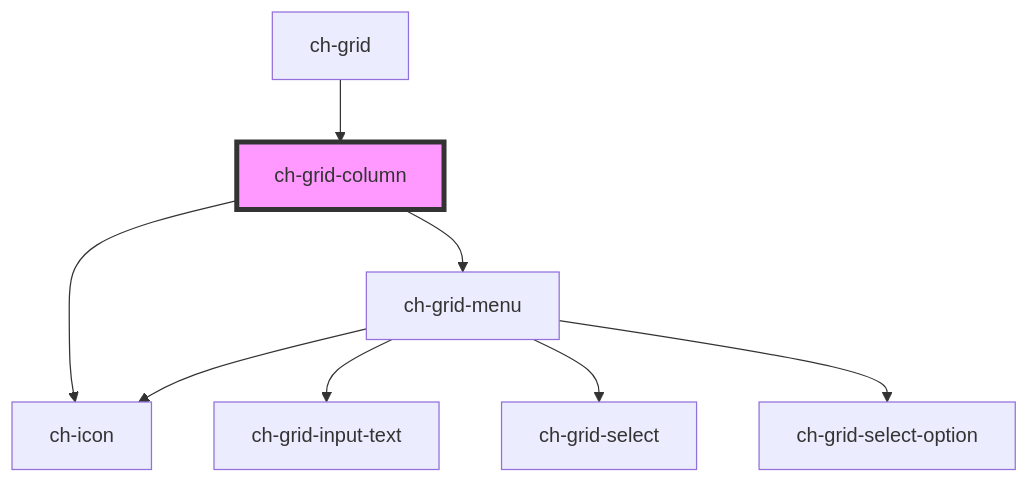
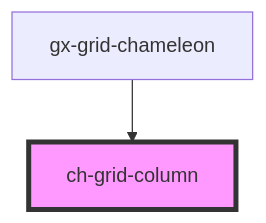
One commit to genexuslabs/chameleon-controls-library changed the diagram in src/components/grid-column/readme.md. Above: the diagram before and after it, drawn with Mermaid. The commit also changed other lines of this file and 2 other files, not shown here.

Commit message:
Add grid-column definition

````diff
--- a/src/components/grid-column/readme.md
+++ b/src/components/grid-column/readme.md
@@ -32,11 +29,5 @@
 ```mermaid
 graph TD;
-  ch-grid-column --> ch-icon
-  ch-grid-column --> ch-grid-menu
-  ch-grid-menu --> ch-grid-input-text
-  ch-grid-menu --> ch-grid-select
-  ch-grid-menu --> ch-grid-select-option
-  ch-grid-menu --> ch-icon
-  ch-grid --> ch-grid-column
+  gx-grid-chameleon --> ch-grid-column
   style ch-grid-column fill:#f9f,stroke:#333,stroke-width:4px
 ```
````
